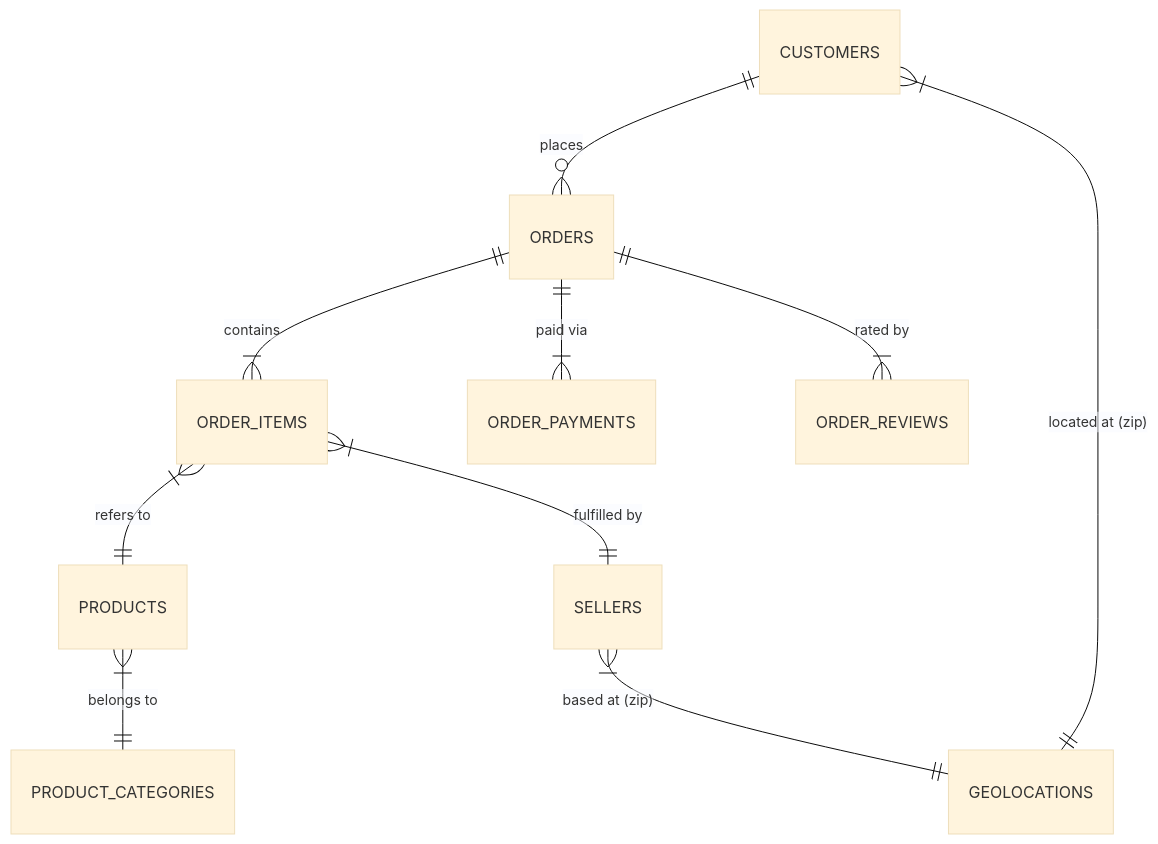
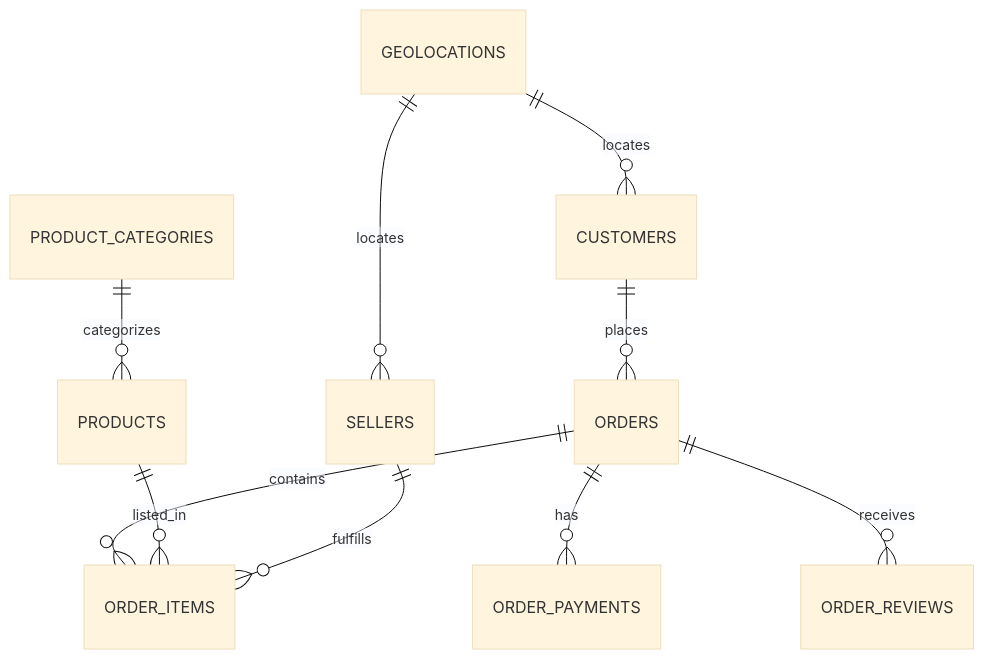
The diagram in sql/README.md (TrungTayNA/ADY291c-AI2107-Group-1), drawn with Mermaid (base theme) before and after one commit. The commit also changed other lines of this file and 2 other files, not shown here.

````diff
--- a/sql/README.md
+++ b/sql/README.md
@@ -23,12 +33,12 @@
 ```mermaid
 erDiagram
-    CUSTOMERS ||--o{ ORDERS : "places"
-    ORDERS ||--|{ ORDER_ITEMS : "contains"
-    ORDERS ||--|{ ORDER_PAYMENTS : "paid via"
-    ORDERS ||--|{ ORDER_REVIEWS : "rated by"
-    ORDER_ITEMS }|--|| PRODUCTS : "refers to"
-    ORDER_ITEMS }|--|| SELLERS : "fulfilled by"
-    PRODUCTS }|--|| PRODUCT_CATEGORIES : "belongs to"
-    CUSTOMERS }|--|| GEOLOCATIONS : "located at (zip)"
-    SELLERS }|--|| GEOLOCATIONS : "based at (zip)"
+    CUSTOMERS ||--o{ ORDERS : places
+    ORDERS ||--o{ ORDER_ITEMS : contains
+    ORDERS ||--o{ ORDER_PAYMENTS : has
+    ORDERS ||--o{ ORDER_REVIEWS : receives
+    PRODUCTS ||--o{ ORDER_ITEMS : listed_in
+    SELLERS ||--o{ ORDER_ITEMS : fulfills
+    PRODUCT_CATEGORIES ||--o{ PRODUCTS : categorizes
+    GEOLOCATIONS ||--o{ CUSTOMERS : locates
+    GEOLOCATIONS ||--o{ SELLERS : locates
 ```
````
